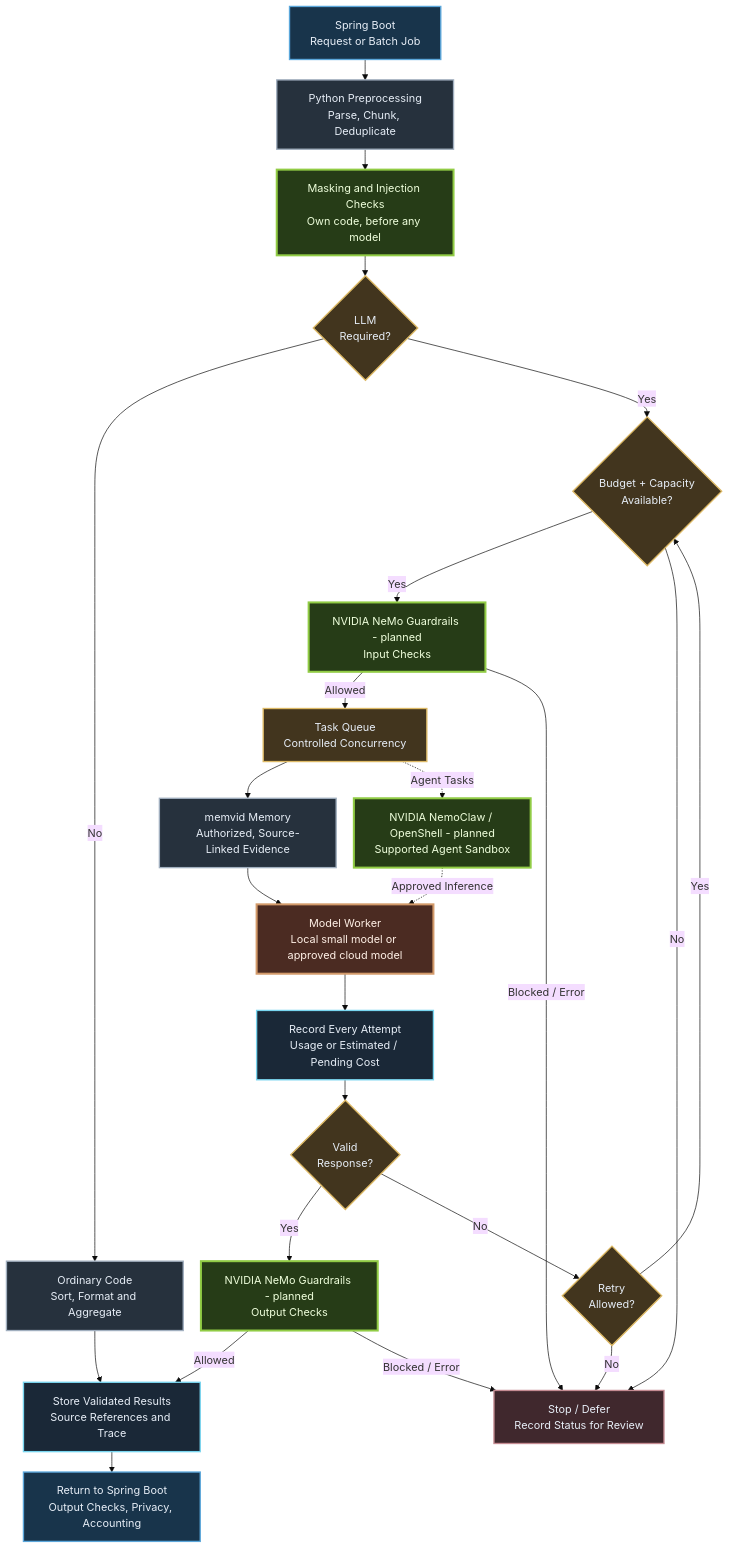
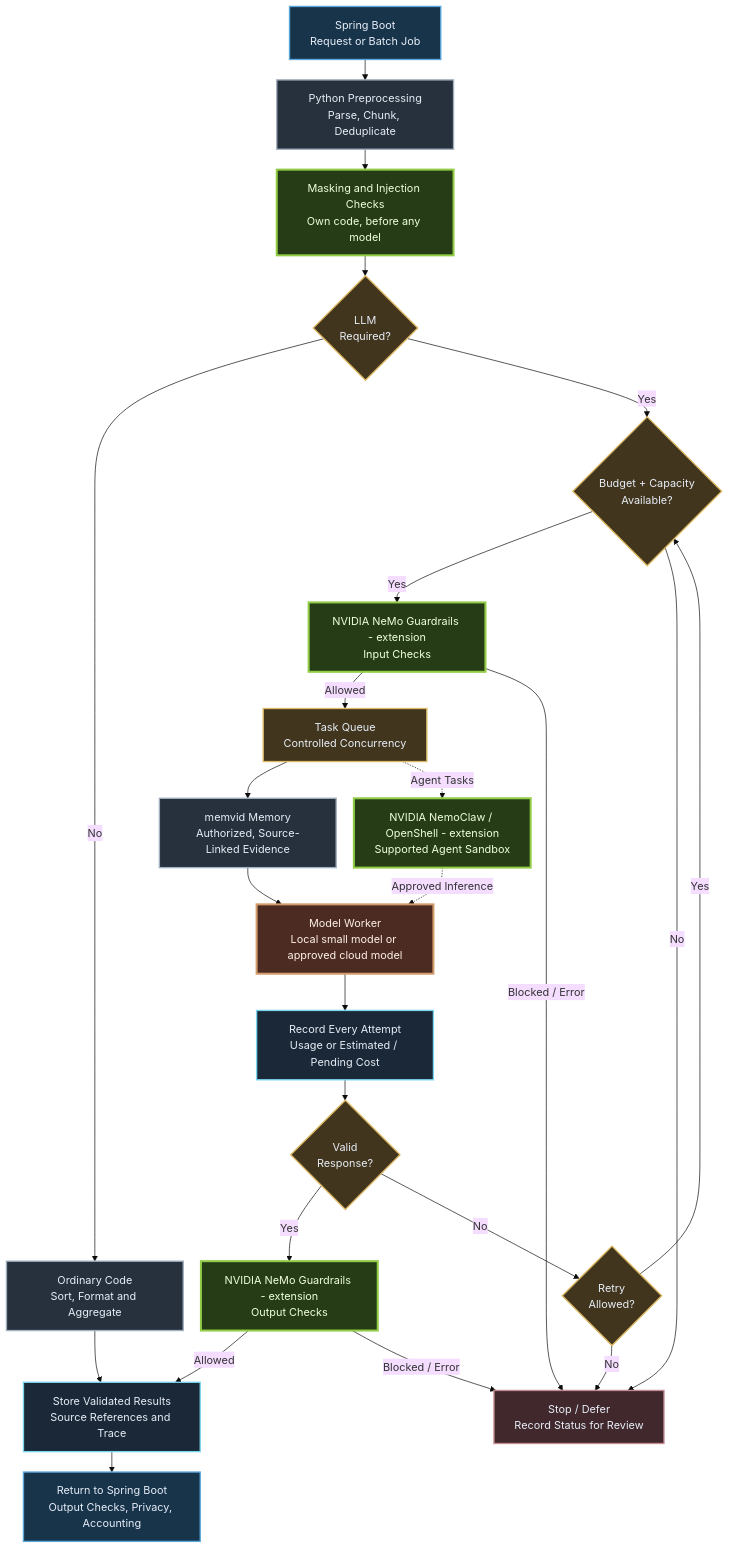
Before and after one commit to ai-agent-orchestrator/ai-multi-agent-orchestration: the diagram in assets/diagrams/orchestration-runtime-dark.mmd, drawn with Mermaid (base theme). The commit also changed 22 other files, not shown here.

First line of the commit message:
docs: introduce two multi-agent systems with concept and prototype flowcharts; planned becomes extension

```diff
--- a/assets/diagrams/orchestration-runtime-dark.mmd
+++ b/assets/diagrams/orchestration-runtime-dark.mmd
@@ -1,55 +1,55 @@
 %%{init: {"flowchart": {"rankSpacing": 30, "nodeSpacing": 26}}}%%
 flowchart TB
     Start["Spring Boot<br/>Request or Batch Job"]
     Prepare["Python Preprocessing<br/>Parse, Chunk, Deduplicate"]
     Mask["Masking and Injection Checks<br/>Own code, before any model"]
     Type{"LLM<br/>Required?"}
     Code["Ordinary Code<br/>Sort, Format and Aggregate"]
     Gate{"Budget + Capacity<br/>Available?"}
     Queue["Task Queue<br/>Controlled Concurrency"]
-    InputRails["NVIDIA NeMo Guardrails - planned<br/>Input Checks"]
-    Sandbox["NVIDIA NemoClaw / OpenShell - planned<br/>Supported Agent Sandbox"]
+    InputRails["NVIDIA NeMo Guardrails - extension<br/>Input Checks"]
+    Sandbox["NVIDIA NemoClaw / OpenShell - extension<br/>Supported Agent Sandbox"]
     Memory["memvid Memory<br/>Authorized, Source-Linked Evidence"]
     Worker["Model Worker<br/>Local small model or approved cloud model"]
     Usage["Record Every Attempt<br/>Usage or Estimated / Pending Cost"]
     Check{"Valid<br/>Response?"}
     Retry{"Retry<br/>Allowed?"}
     Review["Stop / Defer<br/>Record Status for Review"]
     Save["Store Validated Results<br/>Source References and Trace"]
-    OutputRails["NVIDIA NeMo Guardrails - planned<br/>Output Checks"]
+    OutputRails["NVIDIA NeMo Guardrails - extension<br/>Output Checks"]
     Return["Return to Spring Boot<br/>Output Checks, Privacy, Accounting"]
 
     Start --> Prepare --> Mask --> Type
     Type -->|"No"| Code
     Code --> Save
     Type -->|"Yes"| Gate
     Gate -->|"Yes"| InputRails
     InputRails -->|"Allowed"| Queue
     InputRails -->|"Blocked / Error"| Review
     Gate -->|"No"| Review
     Queue --> Memory --> Worker --> Usage --> Check
     Queue -.->|"Agent Tasks"| Sandbox
     Sandbox -.->|"Approved Inference"| Worker
     Check -->|"Yes"| OutputRails
     OutputRails -->|"Allowed"| Save
     OutputRails -->|"Blocked / Error"| Review
     Check -->|"No"| Retry
     Retry -->|"Yes"| Gate
     Retry -->|"No"| Review
     Save --> Return
 
     classDef engineering fill:#18344b,stroke:#5ba7db,stroke-width:2px,color:#e6edf6
     classDef python fill:#26313d,stroke:#a1afbf,stroke-width:2px,color:#e6edf6
     classDef nvidia fill:#263c17,stroke:#91cc45,stroke-width:3px,color:#efffdc
     classDef worker fill:#4b2b22,stroke:#d39a6a,stroke-width:3px,color:#fff0e6
     classDef control fill:#42351e,stroke:#ddb965,stroke-width:2px,color:#e6edf6
     classDef result fill:#1a2837,stroke:#78d5ef,stroke-width:2px,color:#e6edf6
     classDef stop fill:#40282d,stroke:#c58b92,stroke-width:2px,color:#e6edf6
     class Start,Return engineering
     class Prepare,Code,Memory python
     class Mask nvidia
     class InputRails,OutputRails,Sandbox nvidia
     class Type,Gate,Queue,Check,Retry control
     class Worker worker
     class Usage,Save result
     class Review stop
```
